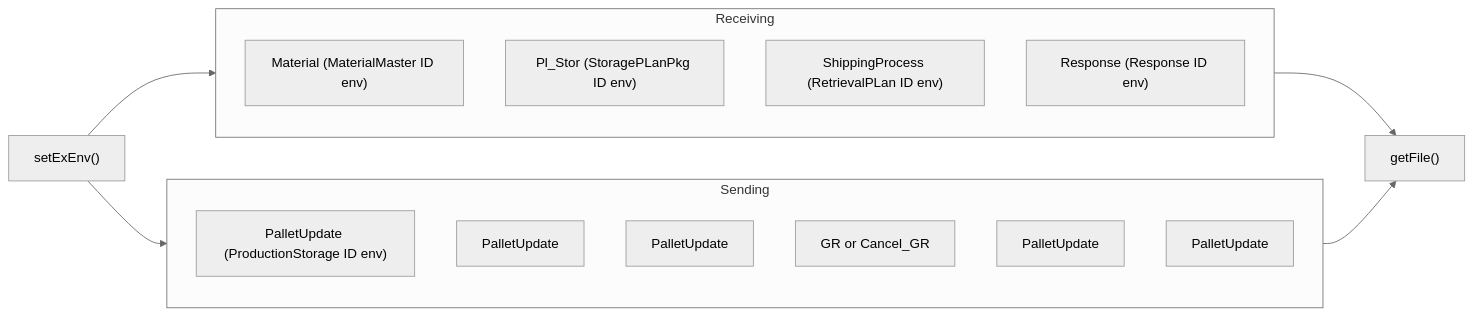
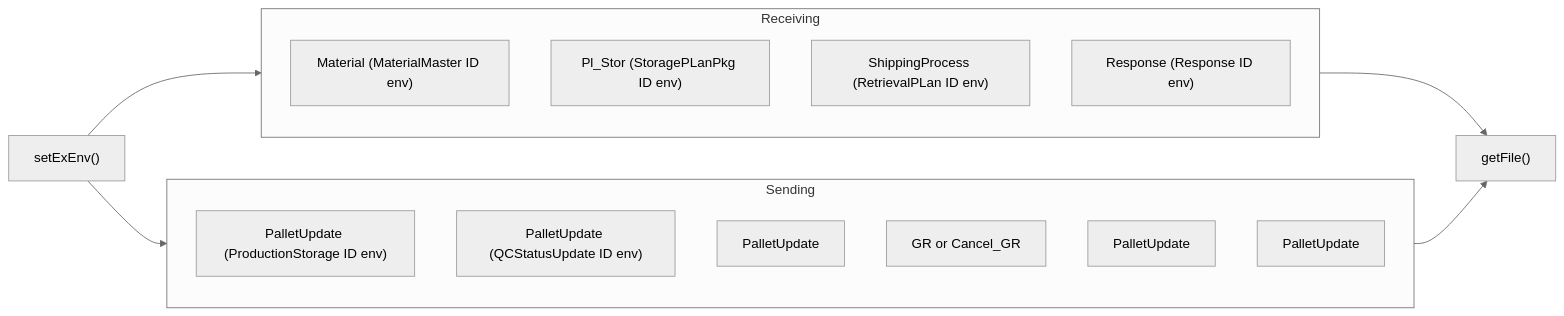
One commit to luthfiadityaa/SimeDarby-Wiki changed the sixth of 6 diagrams in Basic-Design/Host-Interfaces.md. Above: the diagram before and after it, drawn with Mermaid (neutral theme).

Commit message:
Updated Host Interfaces

```diff
--- a/Basic-Design/Host-Interfaces.md
+++ b/Basic-Design/Host-Interfaces.md
@@ -444,23 +444,23 @@
 ::: mermaid
 flowchart LR
  E1["getFile()"]
  C1["setExEnv()"]  
  C1 --> Receiving --> E1
  C1 --> Sending --> E1
 
 subgraph Receiving
  C21["Material (MaterialMaster ID env)"]
  C22["Pl_Stor (StoragePLanPkg ID env)"] 
  C23["ShippingProcess (RetrievalPLan ID env)"] 
  C24["Response (Response ID env)"]
 end
 
 subgraph Sending
  C25["PalletUpdate (ProductionStorage ID env)"]
- C26["PalletUpdate"]
+ C26["PalletUpdate (QCStatusUpdate ID env)"]
  C27["PalletUpdate"] 
  C28["GR or Cancel_GR"]
  C29["PalletUpdate"] 
  C30["PalletUpdate"] 
 end 
 :::
```
